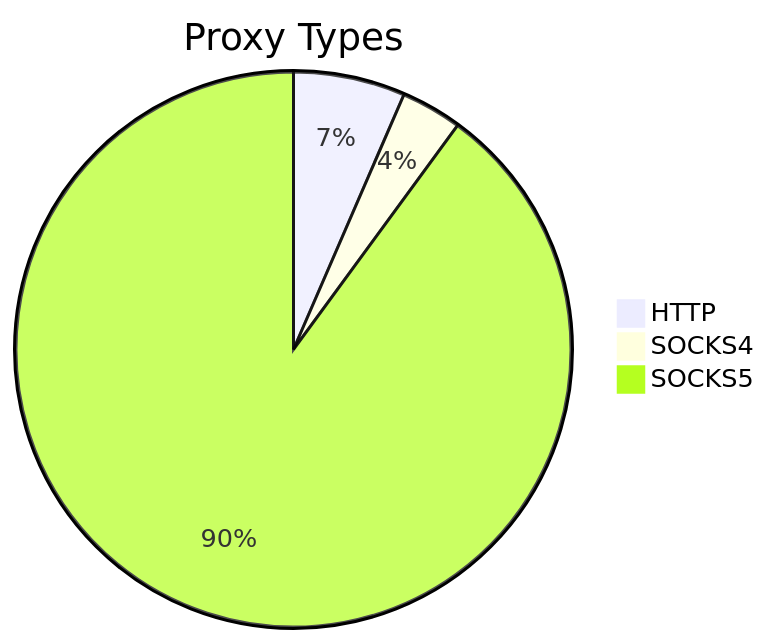
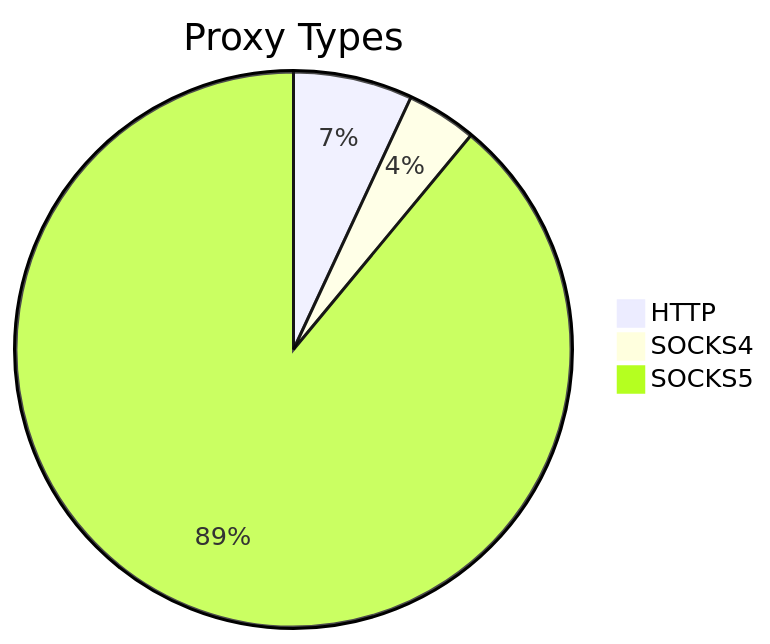
The first of 2 diagrams in README.md (stormsia/proxy-list), drawn with Mermaid before and after one commit. The commit also changed other lines of this file, not shown here.

````diff
--- a/README.md
+++ b/README.md
@@ -21,6 +21,6 @@
 ```mermaid
 pie title Proxy Types
-    "HTTP" : 88
-    "SOCKS4" : 48
-    "SOCKS5" : 1216
+    "HTTP" : 63
+    "SOCKS4" : 37
+    "SOCKS5" : 808
 ```
````
